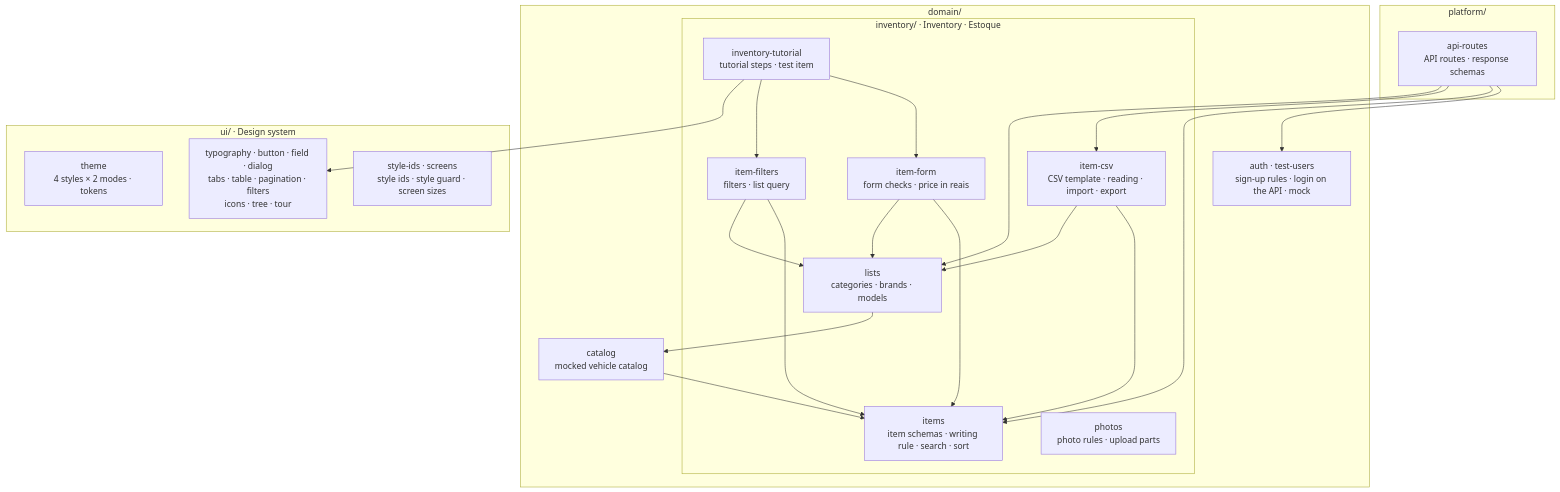
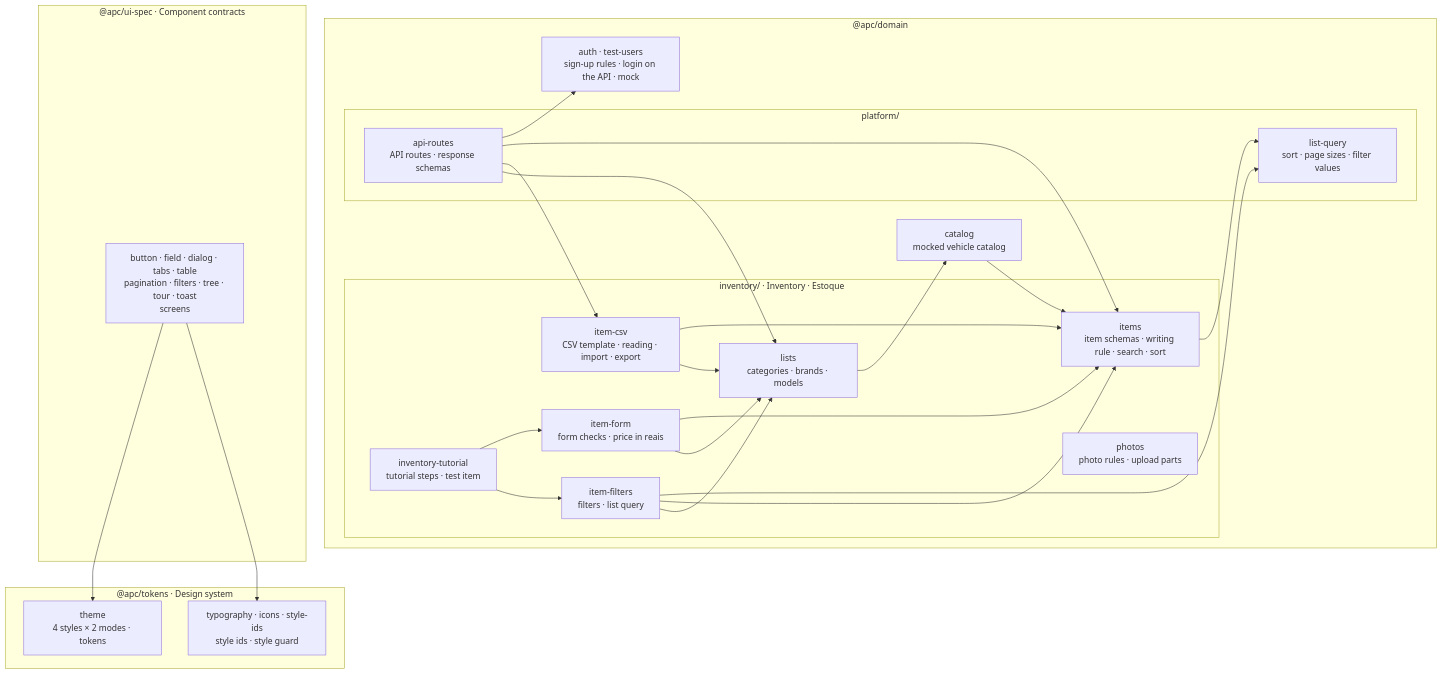
One commit to ChrisCamilo/apc-universal-repair changed the second of 9 diagrams in docs/architecture.md. Above: the diagram before and after it, drawn with Mermaid. The commit also changed other lines of this file and 8 other files, not shown here.

Commit message:
docs: Describe @apc/tokens, @apc/ui-spec and @apc/domain in place of @apc/shared

````diff
--- a/docs/architecture.md
+++ b/docs/architecture.md
@@ -44,39 +53,45 @@
 ```mermaid
 flowchart TB
-    subgraph domain["domain/"]
+    subgraph domain["@apc/domain"]
         subgraph inventory["inventory/ · Inventory · Estoque"]
             items["items<br/>item schemas · writing rule · search · sort"]
             itemForm["item-form<br/>form checks · price in reais"]
             itemFilters["item-filters<br/>filters · list query"]
             itemCsv["item-csv<br/>CSV template · reading · import · export"]
             lists["lists<br/>categories · brands · models"]
             photos["photos<br/>photo rules · upload parts"]
             tutorial["inventory-tutorial<br/>tutorial steps · test item"]
         end
         auth["auth · test-users<br/>sign-up rules · login on the API · mock"]
         catalog["catalog<br/>mocked vehicle catalog"]
+        subgraph platform["platform/"]
+            apiRoutes["api-routes<br/>API routes · response schemas"]
+            listQuery["list-query<br/>sort · page sizes · filter values"]
+        end
     end
-    subgraph ui["ui/ · Design system"]
+    subgraph tokensPackage["@apc/tokens · Design system"]
         theme["theme<br/>4 styles × 2 modes · tokens"]
-        rest["typography · button · field · dialog<br/>tabs · table · pagination · filters<br/>icons · tree · tour"]
-        styling["style-ids · screens<br/>style ids · style guard · screen sizes"]
+        styling["typography · icons · style-ids<br/>style ids · style guard"]
     end
-    subgraph platform["platform/"]
-        apiRoutes["api-routes<br/>API routes · response schemas"]
+    subgraph uiSpec["@apc/ui-spec · Component contracts"]
+        rest["button · field · dialog · tabs · table<br/>pagination · filters · tree · tour · toast<br/>screens"]
     end
+    rest --> theme
+    rest --> styling
+    items --> listQuery
+    itemFilters --> listQuery
     itemForm --> items
     itemFilters --> items
     itemCsv --> items
     itemForm --> lists
     itemFilters --> lists
     itemCsv --> lists
     lists --> catalog
     catalog --> items
     tutorial --> itemForm
     tutorial --> itemFilters
-    tutorial --> rest
     apiRoutes --> auth
     apiRoutes --> items
     apiRoutes --> itemCsv
     apiRoutes --> lists
 ```
````
